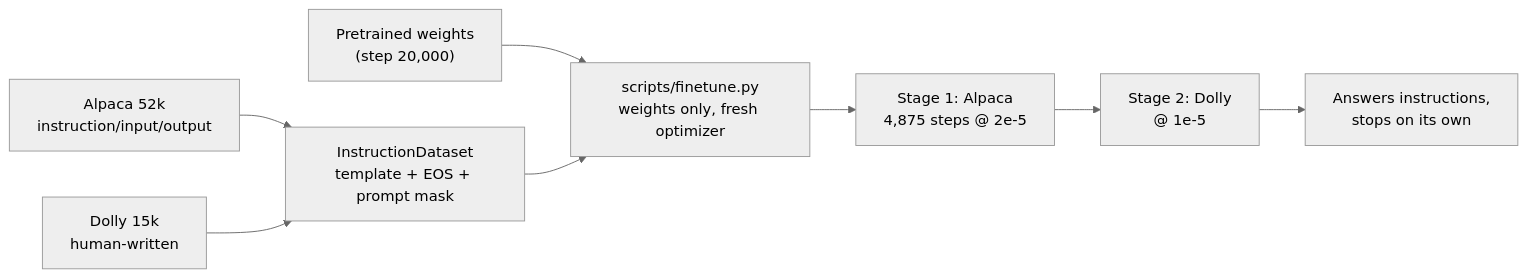
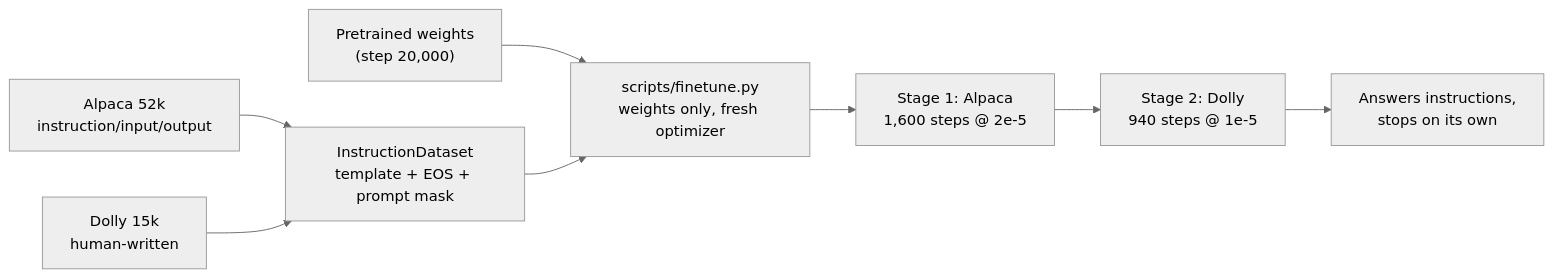
Before and after one commit to AuthRan/AuthLLM: the fourth of 4 diagrams in README.md, drawn with Mermaid (neutral theme). The commit also changed other lines of this file and 6 other files, not shown here.

````diff
--- a/README.md
+++ b/README.md
@@ -671,10 +671,10 @@
 ```mermaid
 flowchart LR
     A["Pretrained weights\n(step 20,000)"] --> B["scripts/finetune.py\nweights only, fresh optimizer"]
     C["Alpaca 52k\ninstruction/input/output"] --> D["InstructionDataset\ntemplate + EOS + prompt mask"]
     D --> B
-    B --> E["Stage 1: Alpaca\n4,875 steps @ 2e-5"]
-    E --> F["Stage 2: Dolly\n@ 1e-5"]
+    B --> E["Stage 1: Alpaca\n1,600 steps @ 2e-5"]
+    E --> F["Stage 2: Dolly\n940 steps @ 1e-5"]
     G["Dolly 15k\nhuman-written"] --> D
     F --> H["Answers instructions,\nstops on its own"]
 ```
````
